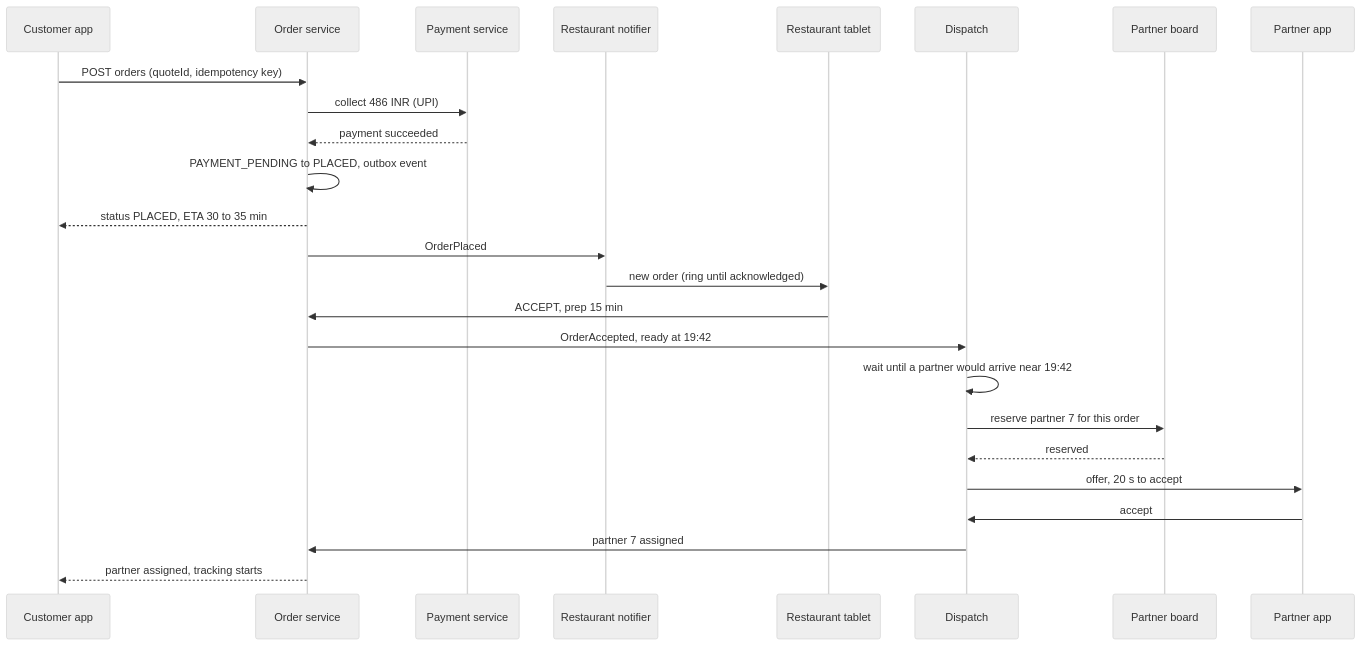
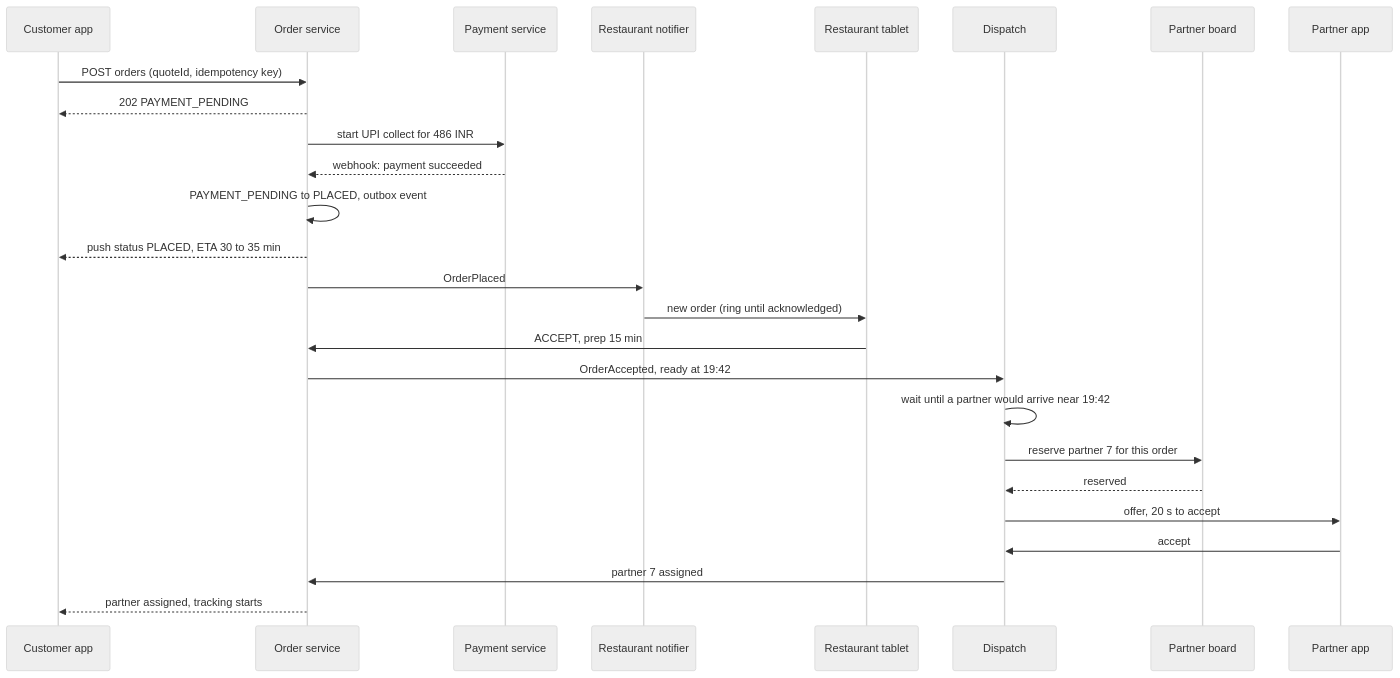
Before and after one commit to rizwi0786/system-design-lab: the second of 3 diagrams in content/lessons/m17/m17-food-delivery.md, drawn with Mermaid (neutral theme). The commit also changed other lines of this file and 334 other files, not shown here.

````diff
--- a/content/lessons/m17/m17-food-delivery.md
+++ b/content/lessons/m17/m17-food-delivery.md
@@ -287,27 +289,28 @@
 ```mermaid
 sequenceDiagram
   participant C as Customer app
   participant O as Order service
   participant P as Payment service
   participant N as Restaurant notifier
   participant R as Restaurant tablet
   participant D as Dispatch
   participant B as Partner board
   participant A as Partner app
   C->>O: POST orders (quoteId, idempotency key)
-  O->>P: collect 486 INR (UPI)
-  P-->>O: payment succeeded
+  O-->>C: 202 PAYMENT_PENDING
+  O->>P: start UPI collect for 486 INR
+  P-->>O: webhook: payment succeeded
   O->>O: PAYMENT_PENDING to PLACED, outbox event
-  O-->>C: status PLACED, ETA 30 to 35 min
+  O-->>C: push status PLACED, ETA 30 to 35 min
   O->>N: OrderPlaced
   N->>R: new order (ring until acknowledged)
   R->>O: ACCEPT, prep 15 min
   O->>D: OrderAccepted, ready at 19:42
   D->>D: wait until a partner would arrive near 19:42
   D->>B: reserve partner 7 for this order
   B-->>D: reserved
   D->>A: offer, 20 s to accept
   A->>D: accept
   D->>O: partner 7 assigned
   O-->>C: partner assigned, tracking starts
 ```
````
